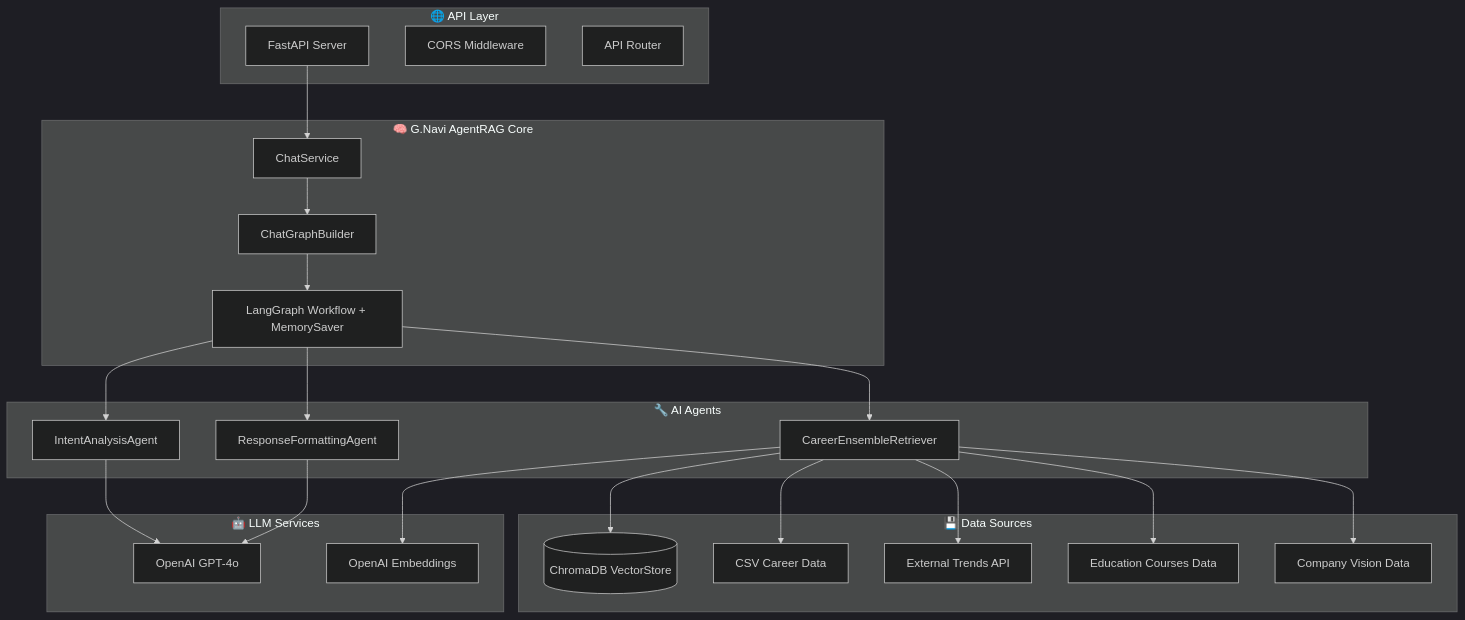
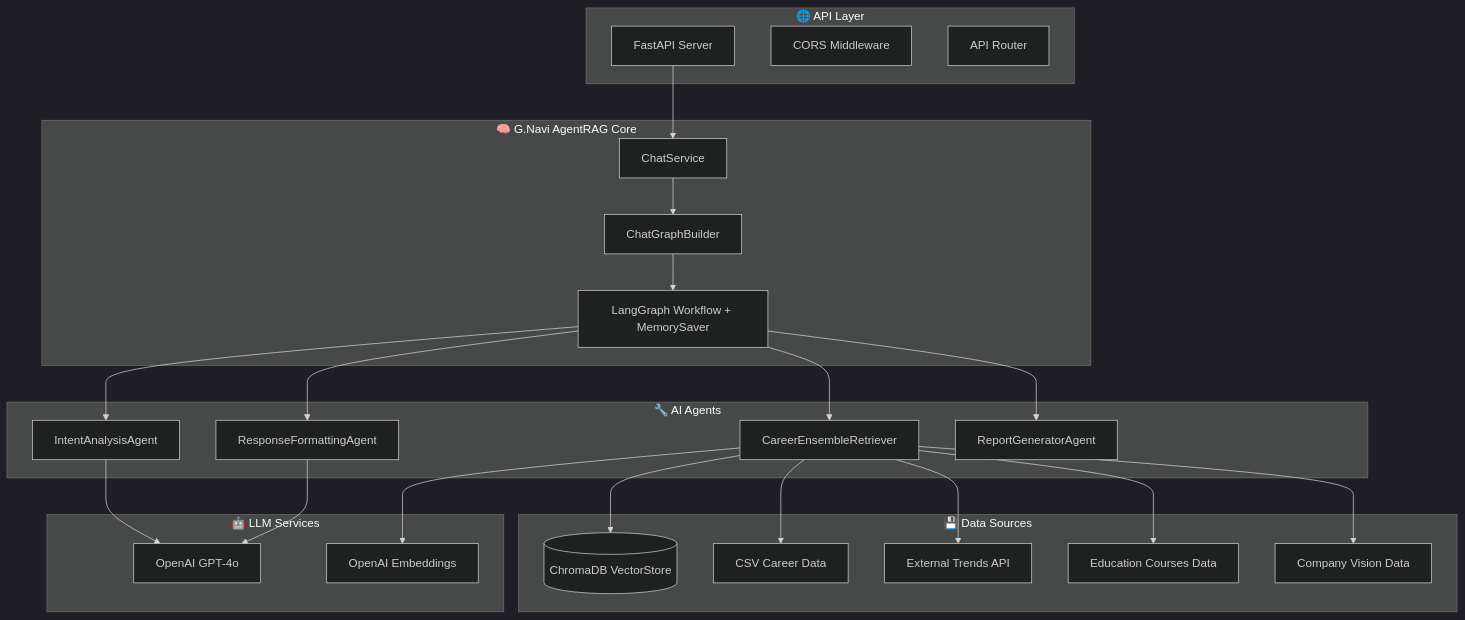
One commit to SK4toB/g-navi-ai-api changed the first of 3 diagrams in README.md. Above: the diagram before and after it, drawn with Mermaid (dark theme). The commit also changed other lines of this file and 6 other files, not shown here.

Commit message:
feat: 5번째 단계로 워크플로우 명시(ref #33)

````diff
--- a/README.md
+++ b/README.md
@@ -27,50 +28,52 @@
 ```mermaid
 graph TB
     subgraph "🌐 API Layer"
         A[FastAPI Server]
         B[CORS Middleware]
         C[API Router]
     end
     
     subgraph "🧠 G.Navi AgentRAG Core"
         D[ChatService]
         E[ChatGraphBuilder]
         F[LangGraph Workflow + MemorySaver]
     end
     
     subgraph "🔧 AI Agents"
         G[CareerEnsembleRetriever]
         H[IntentAnalysisAgent]
         I[ResponseFormattingAgent]
+        J[ReportGeneratorAgent]
     end
     
     subgraph "💾 Data Sources"
         K[(ChromaDB VectorStore)]
         L[CSV Career Data]
         M[External Trends API]
         N[Education Courses Data]
         O[Company Vision Data]
     end
     
     subgraph "🤖 LLM Services"
         P[OpenAI GPT-4o]
         Q[OpenAI Embeddings]
     end
     
     A --> D
     D --> E
     E --> F
     F --> G
     F --> H
     F --> I
+    F --> J
     
     G --> K
     G --> L
     G --> M
     G --> N
     G --> O
     
     H --> P
     I --> P
     G --> Q
 ```
````
